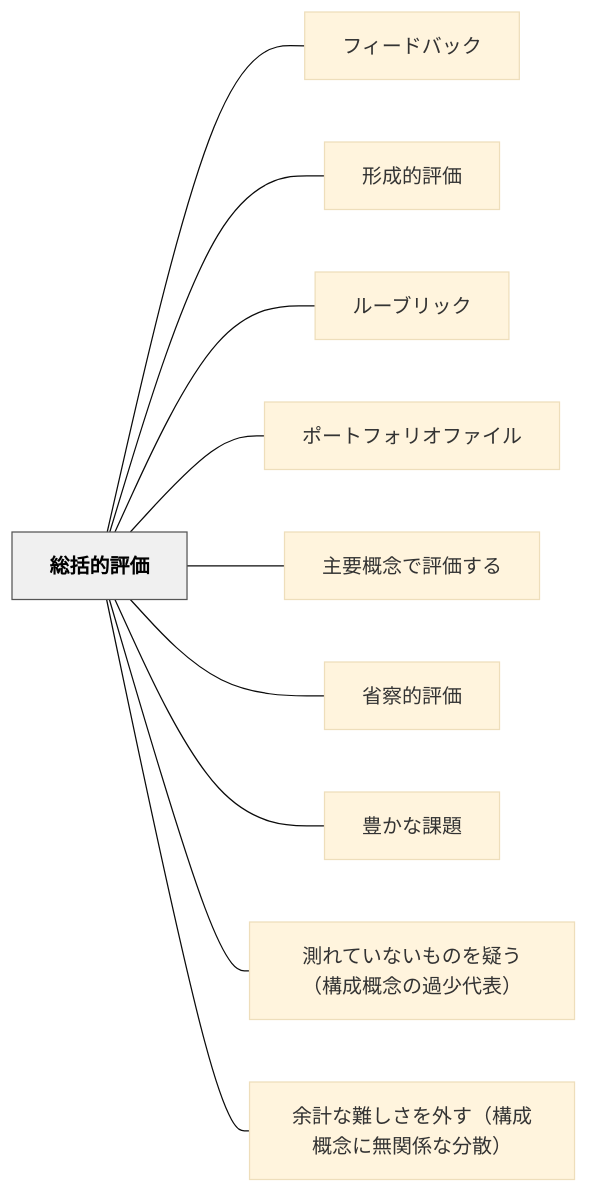
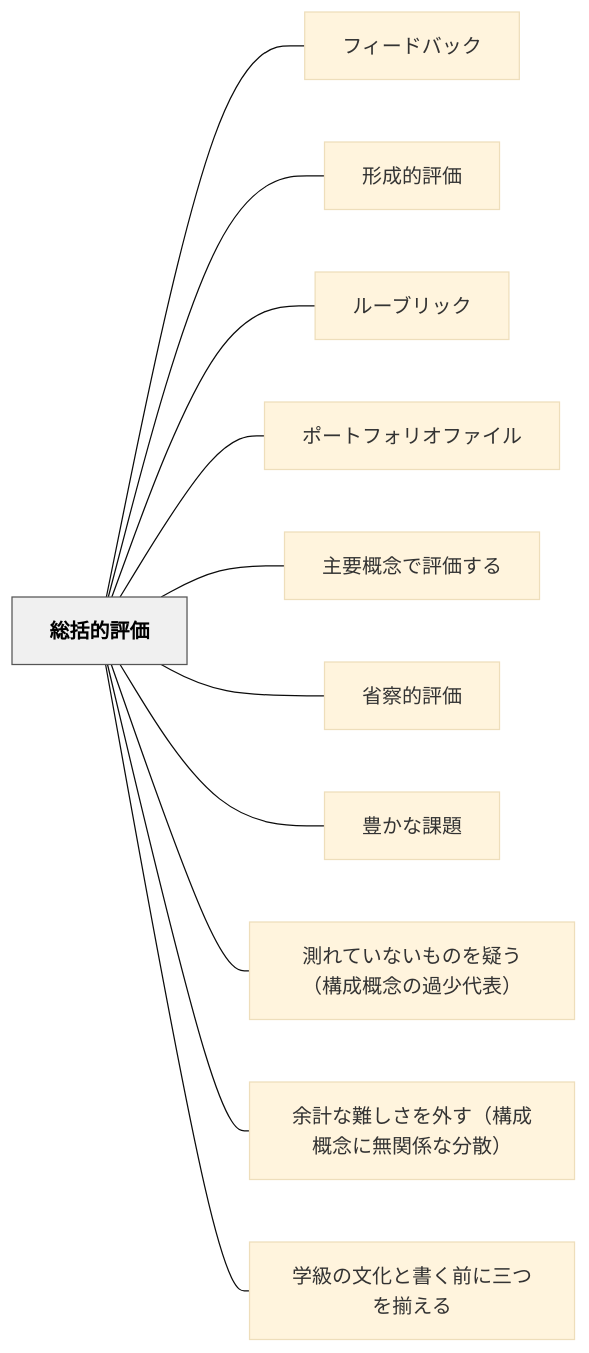
The diagram in content/パタン/総括的評価.md (unknownthings-ed-patterns/unknownthings-ed-patterns), drawn with Mermaid (base theme) before and after one commit. The commit also changed other lines of this file and 4 other files, not shown here.

````diff
--- a/content/パタン/総括的評価.md
+++ b/content/パタン/総括的評価.md
@@ -61,26 +62,28 @@
 ```mermaid
 flowchart LR
     ne7b78fe68bace79a84e8a995e4bea1["総括的評価"]
     ne38395e382a3e383bce38389e38390e38383e382af["フィードバック"]
     ne5bda2e68890e79a84e8a995e4bea1["形成的評価"]
     ne383abe383bce38396e383aae38383e382af["ルーブリック"]
     ne3839de383bce38388e38395e382a9e383aae382aae38395e382a1e382a4e383ab["ポートフォリオファイル"]
     ne4b8bbe8a681e6a682e5bfb5e381a7e8a995e4bea1e38199e3828b["主要概念で評価する"]
     ne79c81e5af9fe79a84e8a995e4bea1["省察的評価"]
     ne8b18ae3818be381aae8aab2e9a18c["豊かな課題"]
     ne6b8ace3828ce381a6e38184e381aae38184e38282e381aee38292e79691e38186efbc88e6a78be68890e6a682e5bfb5e381aee9818ee5b091e4bba3e8a1a8efbc89["測れていないものを疑う（構成概念の過少代表）"]
     ne4bd99e8a888e381aae99ba3e38197e38195e38292e5a496e38199efbc88e6a78be68890e6a682e5bfb5e381abe784a1e996a2e4bf82e381aae58886e695a3efbc89["余計な難しさを外す（構成概念に無関係な分散）"]
+    ne5ada6e7b49ae381aee69687e58c96e381a8e69bb8e3818fe5898de381abe4b889e381a4e38292e68f83e38188e3828b["学級の文化と書く前に三つを揃える"]
 
     ne7b78fe68bace79a84e8a995e4bea1 --- ne38395e382a3e383bce38389e38390e38383e382af
     ne7b78fe68bace79a84e8a995e4bea1 --- ne5bda2e68890e79a84e8a995e4bea1
     ne7b78fe68bace79a84e8a995e4bea1 --- ne383abe383bce38396e383aae38383e382af
     ne7b78fe68bace79a84e8a995e4bea1 --- ne3839de383bce38388e38395e382a9e383aae382aae38395e382a1e382a4e383ab
     ne7b78fe68bace79a84e8a995e4bea1 --- ne4b8bbe8a681e6a682e5bfb5e381a7e8a995e4bea1e38199e3828b
     ne7b78fe68bace79a84e8a995e4bea1 --- ne79c81e5af9fe79a84e8a995e4bea1
     ne7b78fe68bace79a84e8a995e4bea1 --- ne8b18ae3818be381aae8aab2e9a18c
     ne7b78fe68bace79a84e8a995e4bea1 --- ne6b8ace3828ce381a6e38184e381aae38184e38282e381aee38292e79691e38186efbc88e6a78be68890e6a682e5bfb5e381aee9818ee5b091e4bba3e8a1a8efbc89
     ne7b78fe68bace79a84e8a995e4bea1 --- ne4bd99e8a888e381aae99ba3e38197e38195e38292e5a496e38199efbc88e6a78be68890e6a682e5bfb5e381abe784a1e996a2e4bf82e381aae58886e695a3efbc89
+    ne7b78fe68bace79a84e8a995e4bea1 --- ne5ada6e7b49ae381aee69687e58c96e381a8e69bb8e3818fe5898de381abe4b889e381a4e38292e68f83e38188e3828b
 
     classDef hub fill:#f0f0f0,stroke:#555,color:#000,font-weight:bold
     class ne7b78fe68bace79a84e8a995e4bea1 hub
 ```
````
